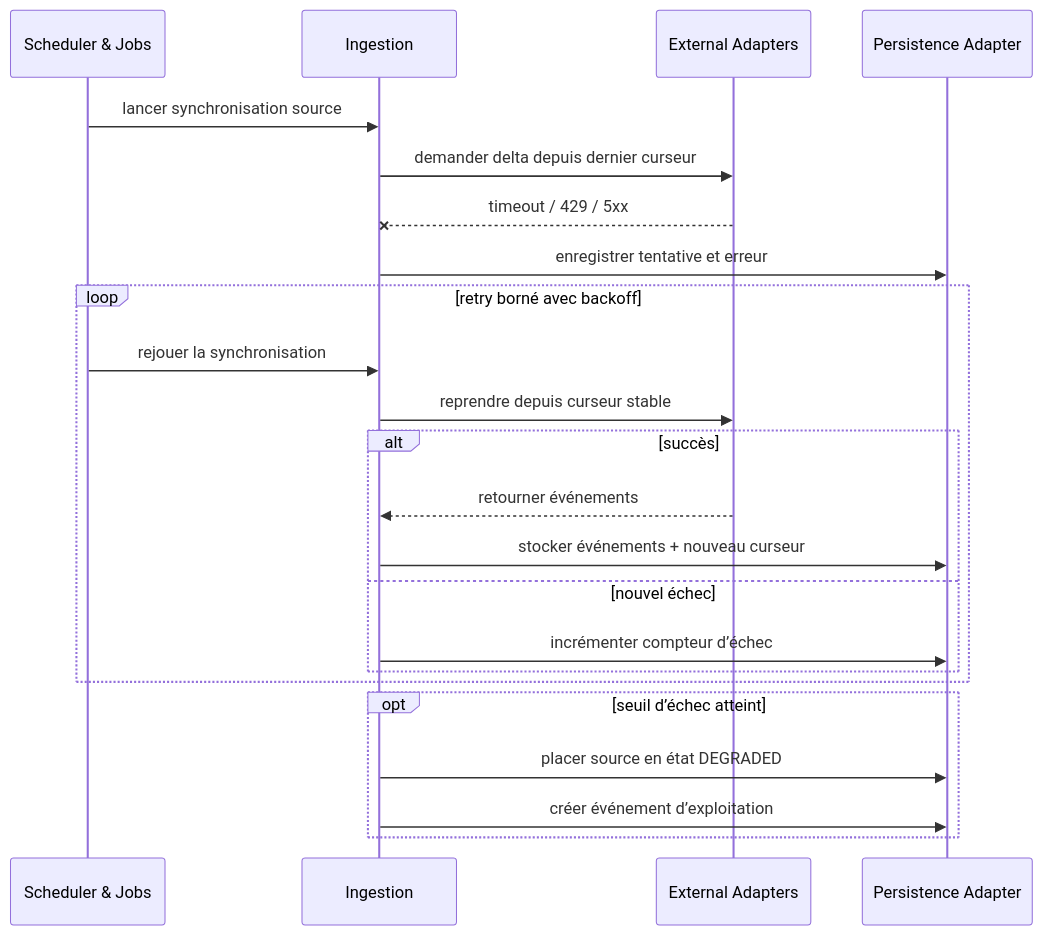
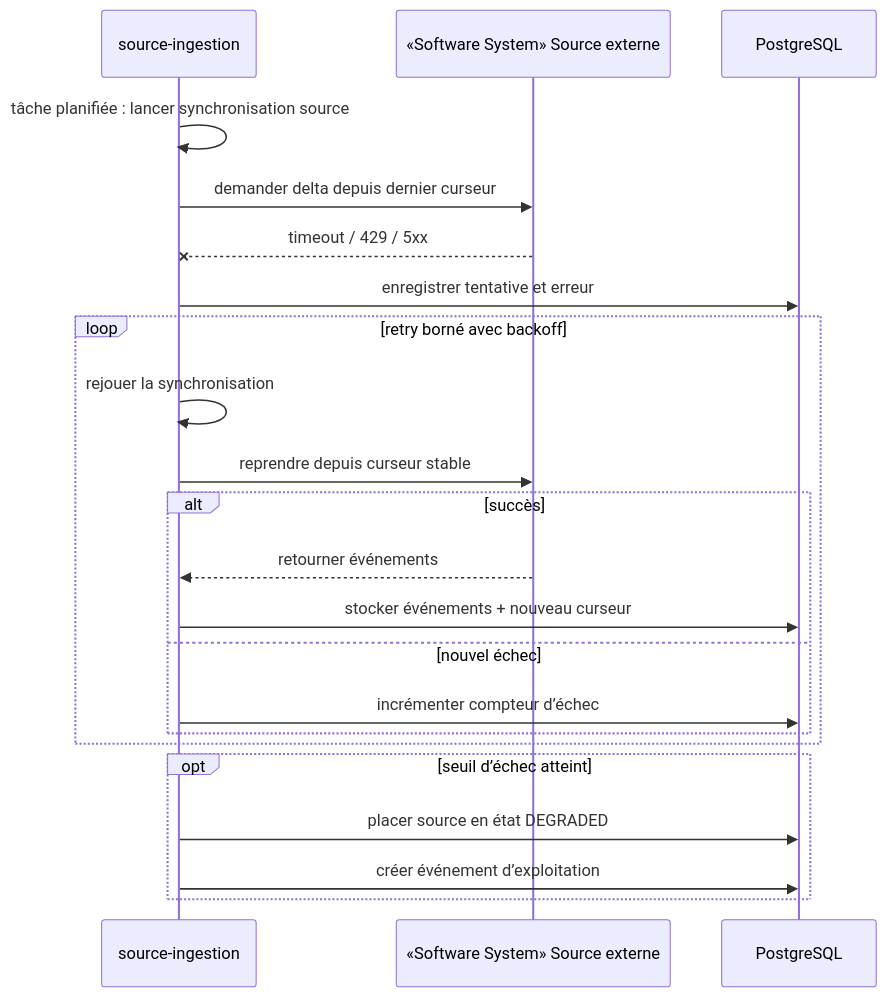
Before and after one commit to FTurleque/argos-tech-platform: the fifth of 7 diagrams in docs/architecture/arc42/06-vue-execution.md, drawn with Mermaid. The commit also changed other lines of this file and 11 other files, not shown here.

````diff
--- a/docs/architecture/arc42/06-vue-execution.md
+++ b/docs/architecture/arc42/06-vue-execution.md
@@ -180,28 +161,27 @@
 ```mermaid
 sequenceDiagram
-    participant Jobs as Scheduler & Jobs
-    participant Ingestion as Ingestion
-    participant Ext as External Adapters
-    participant Persist as Persistence Adapter
+    participant Ingestion as source-ingestion
+    participant Ext as «Software System» Source externe
+    participant Persist as PostgreSQL
 
-    Jobs->>Ingestion: lancer synchronisation source
+    Ingestion->>Ingestion: tâche planifiée : lancer synchronisation source
     Ingestion->>Ext: demander delta depuis dernier curseur
     Ext--xIngestion: timeout / 429 / 5xx
     Ingestion->>Persist: enregistrer tentative et erreur
 
     loop retry borné avec backoff
-        Jobs->>Ingestion: rejouer la synchronisation
+        Ingestion->>Ingestion: rejouer la synchronisation
         Ingestion->>Ext: reprendre depuis curseur stable
         alt succès
             Ext-->>Ingestion: retourner événements
             Ingestion->>Persist: stocker événements + nouveau curseur
         else nouvel échec
             Ingestion->>Persist: incrémenter compteur d’échec
         end
     end
 
     opt seuil d’échec atteint
         Ingestion->>Persist: placer source en état DEGRADED
         Ingestion->>Persist: créer événement d’exploitation
     end
 ```
````
